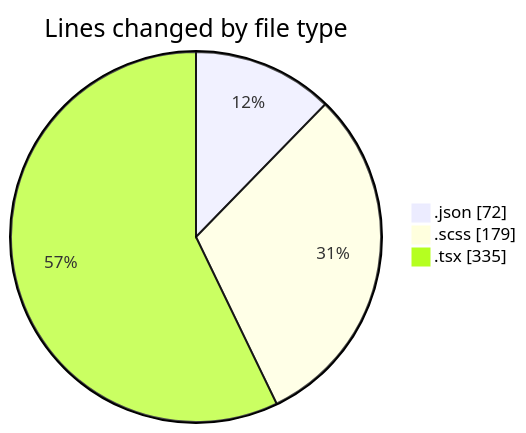
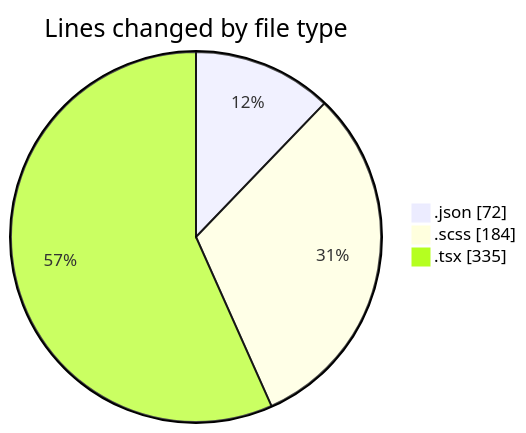
The first of 2 diagrams in 2026-10-12/cda/README.md (momahboobian/code-tracking), drawn with Mermaid before and after one commit. The commit also changed other lines of this file and 1 other file, not shown here.

````diff
--- a/2026-10-12/cda/README.md
+++ b/2026-10-12/cda/README.md
@@ -25,7 +25,7 @@
 ```mermaid
 pie showData
 title Lines changed by file type
 ".json" : 72
-".scss" : 179
+".scss" : 184
 ".tsx" : 335
 ```
````
